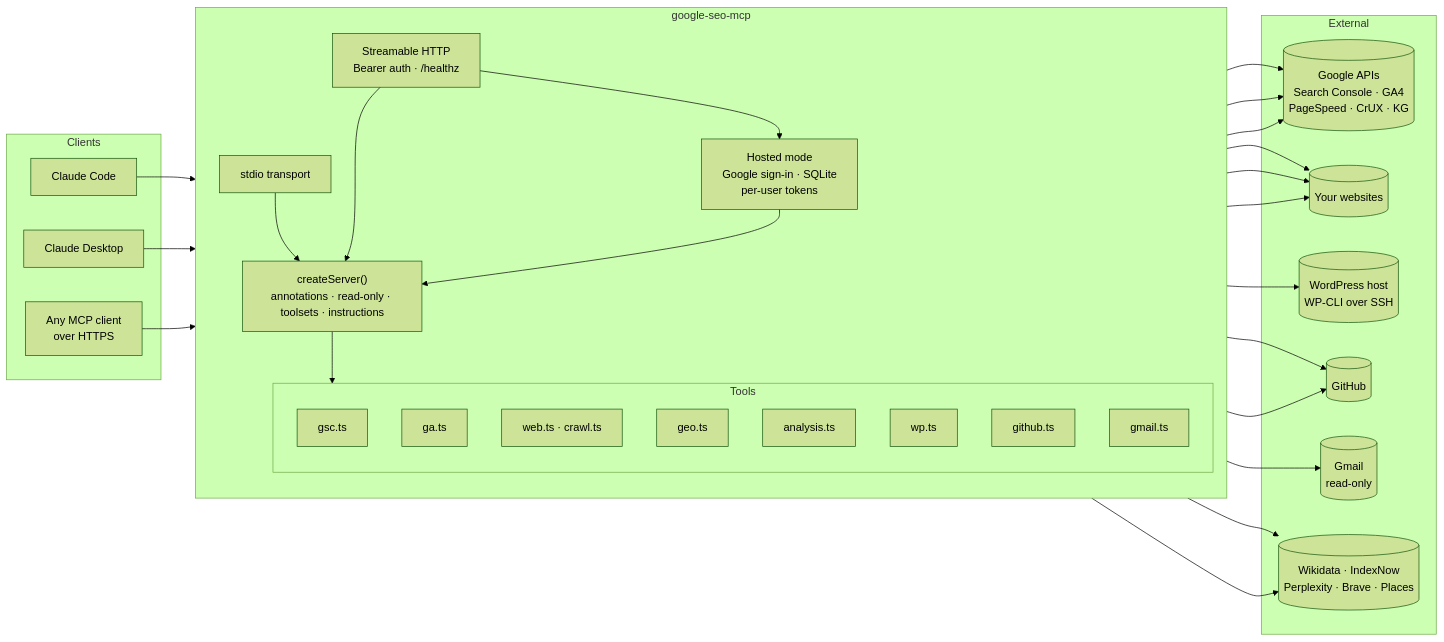
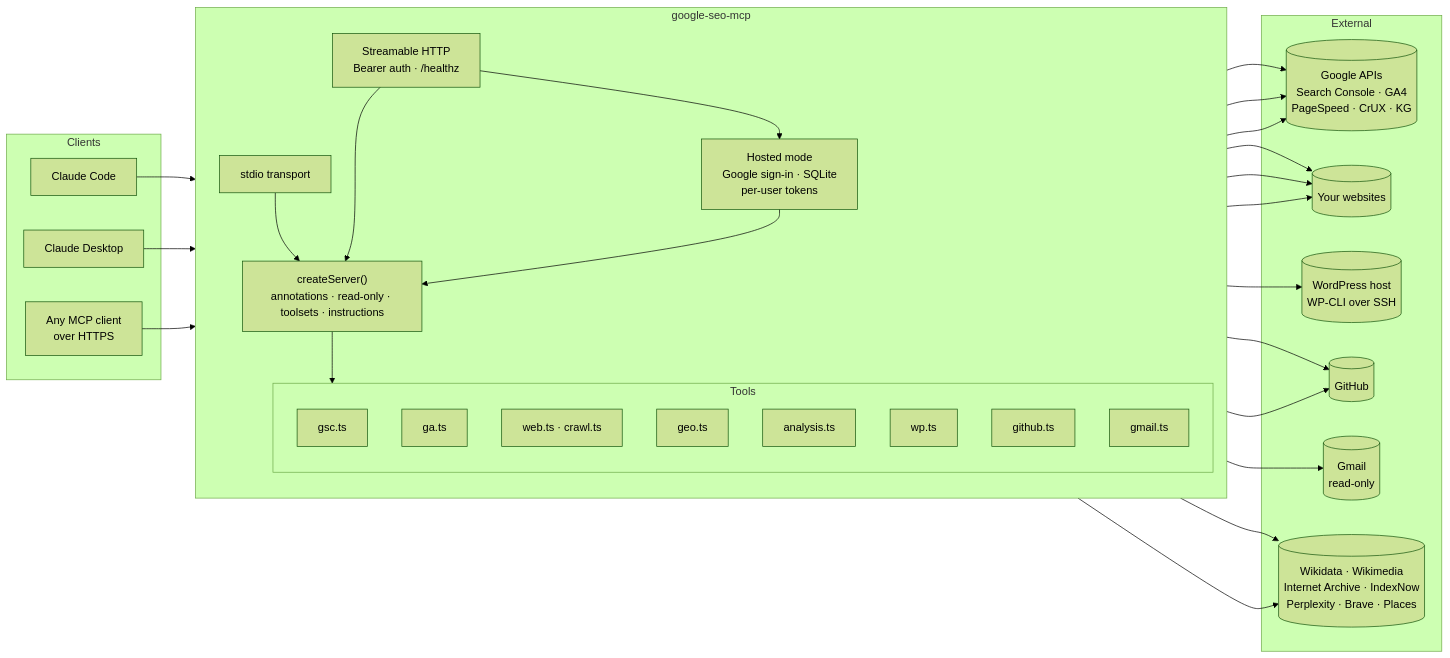
The diagram in README.md (Akxan/google-seo-mcp), drawn with Mermaid (forest theme) before and after one commit. The commit also changed other lines of this file and 6 other files, not shown here.

````diff
--- a/README.md
+++ b/README.md
@@ -77,52 +77,52 @@
 ```mermaid
 flowchart LR
     subgraph Clients
         CC[Claude Code]
         CD[Claude Desktop]
         HTTP[Any MCP client<br/>over HTTPS]
     end
 
     subgraph Server["google-seo-mcp"]
         direction TB
         T1[stdio transport]
         T2[Streamable HTTP<br/>Bearer auth · /healthz]
         HM[Hosted mode<br/>Google sign-in · SQLite<br/>per-user tokens]
         S["createServer()<br/>annotations · read-only · toolsets · instructions"]
         subgraph Tools
             GSC[gsc.ts]
             GA[ga.ts]
             WEB[web.ts · crawl.ts]
             GEO[geo.ts]
             AN[analysis.ts]
             WP[wp.ts]
             GH[github.ts]
             GM[gmail.ts]
         end
         T1 --> S
         T2 --> S
         S --> Tools
     end
 
     subgraph External
         G[(Google APIs<br/>Search Console · GA4<br/>PageSpeed · CrUX · KG)]
         SITES[(Your websites)]
         WPH[(WordPress host<br/>WP-CLI over SSH)]
         GHA[(GitHub)]
         GMA[(Gmail<br/>read-only)]
-        X[(Wikidata · IndexNow<br/>Perplexity · Brave · Places)]
+        X[(Wikidata · Wikimedia<br/>Internet Archive · IndexNow<br/>Perplexity · Brave · Places)]
     end
 
     CC --> T1
     CD --> T1
     HTTP --> T2
     T2 --> HM
     HM --> S
     GSC & GA --> G
     WEB & GEO & AN --> SITES
     GEO & AN --> X
     AN --> G
     WP --> WPH
     GH --> GHA
     GM --> GMA
     GM --> GHA
 ```
````
